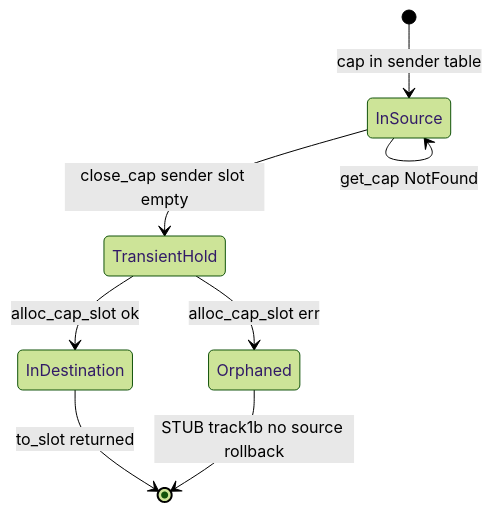
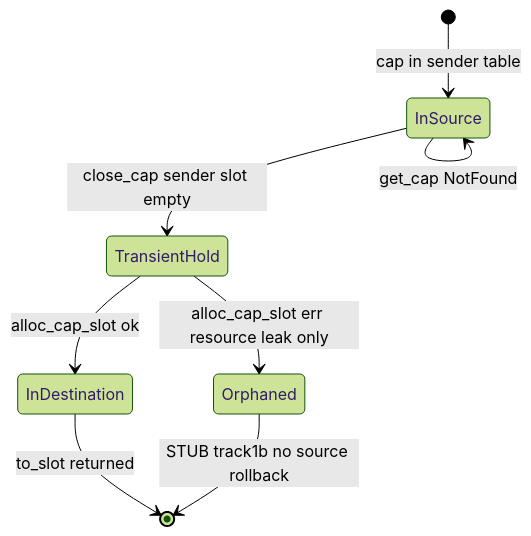
The fourth of 4 diagrams in docs/architecture/KERNEL_OBJECT_MODEL.md (clancymendonca/ClanOS), drawn with Mermaid (forest theme) before and after one commit. The commit also changed other lines of this file and 2 other files, not shown here.

Commit message:
fixup(track1): STUB threat classification

````diff
--- a/docs/architecture/KERNEL_OBJECT_MODEL.md
+++ b/docs/architecture/KERNEL_OBJECT_MODEL.md
@@ -183,10 +185,10 @@
 ```mermaid
 stateDiagram-v2
     [*] --> InSource : cap in sender table
     InSource --> InSource : get_cap NotFound
     InSource --> TransientHold : close_cap sender slot empty
     TransientHold --> InDestination : alloc_cap_slot ok
-    TransientHold --> Orphaned : alloc_cap_slot err
+    TransientHold --> Orphaned : alloc_cap_slot err resource leak only
     InDestination --> [*] : to_slot returned
     Orphaned --> [*] : STUB track1b no source rollback
 ```
````
